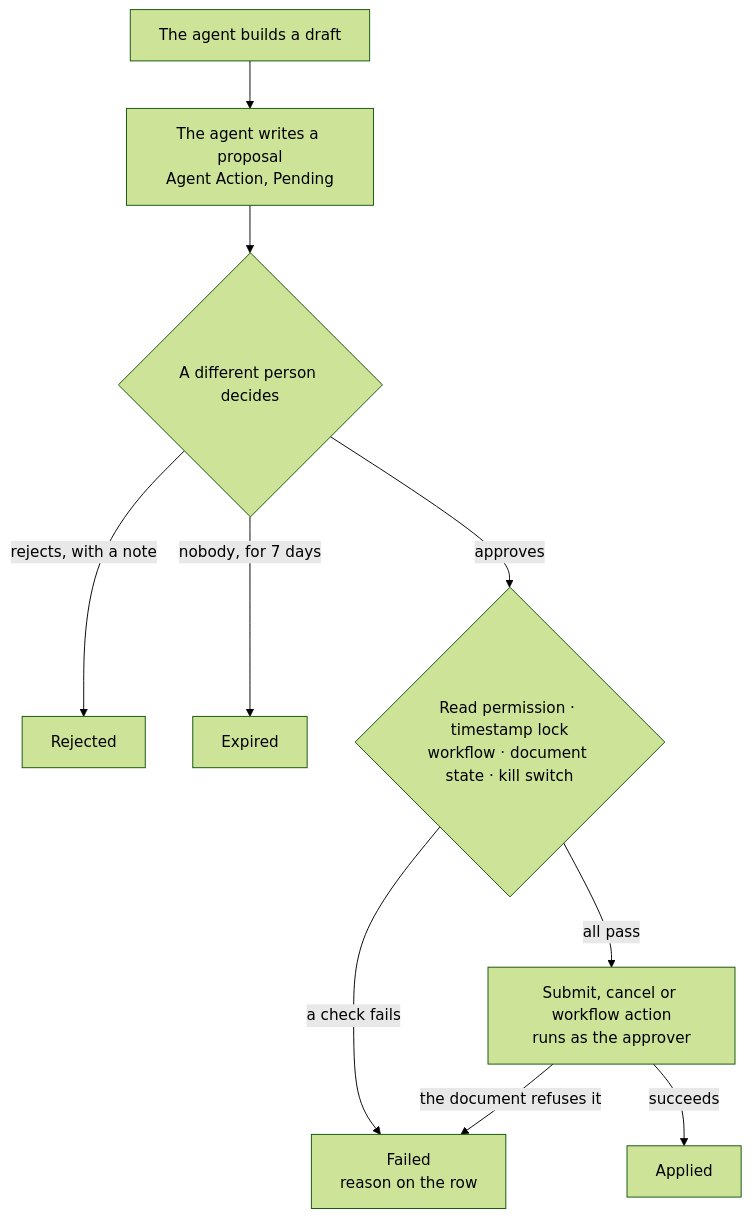
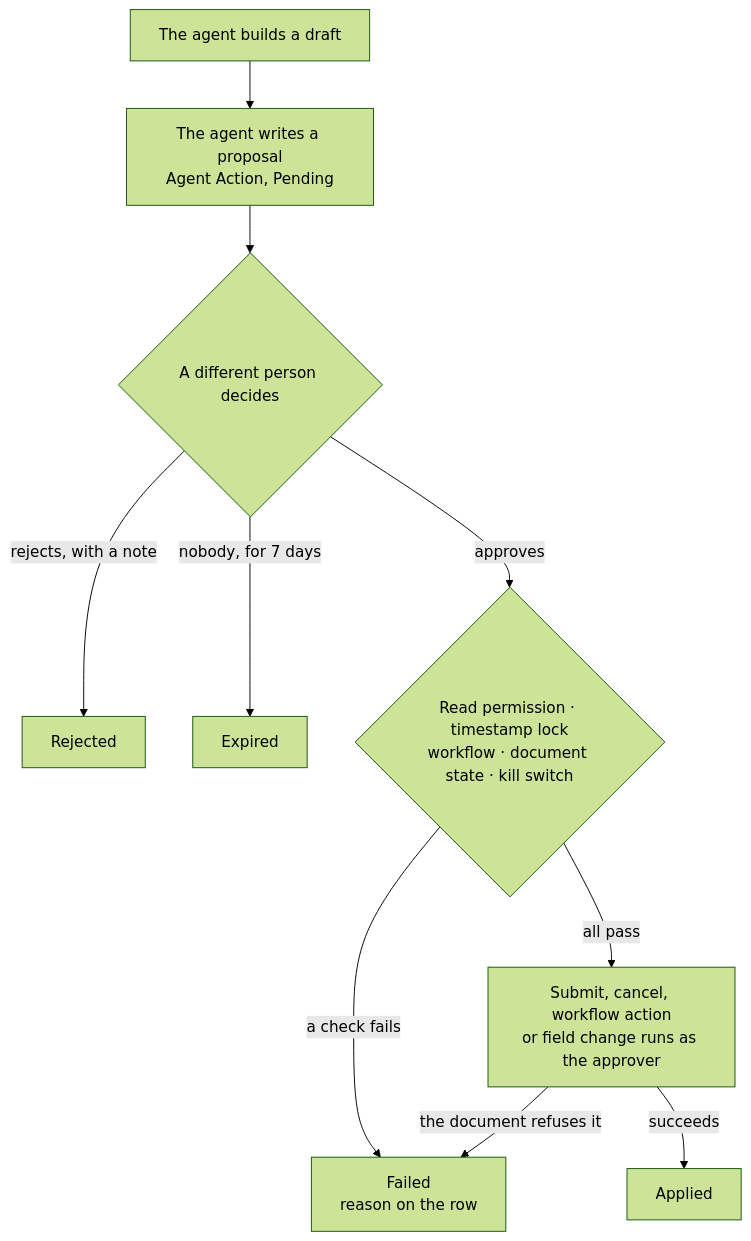
Before and after one commit to MalikZu/frappe_agents: the diagram in docs/approvals.md, drawn with Mermaid (forest theme). The commit also changed other lines of this file and 2 other files, not shown here.

First line of the commit message:
docs: explain how agents propose field changes on live records

````diff
--- a/docs/approvals.md
+++ b/docs/approvals.md
@@ -7,12 +8,12 @@
 ```mermaid
 flowchart TD
     A["The agent builds a draft"] --> B["The agent writes a proposal<br/>Agent Action, Pending"]
     B --> C{"A different person decides"}
     C -- "rejects, with a note" --> R["Rejected"]
     C -- "nobody, for 7 days" --> X["Expired"]
     C -- approves --> D{"Read permission · timestamp lock<br/>workflow · document state · kill switch"}
     D -- "a check fails" --> F["Failed<br/>reason on the row"]
-    D -- "all pass" --> G["Submit, cancel or workflow action<br/>runs as the approver"]
+    D -- "all pass" --> G["Submit, cancel, workflow action<br/>or field change runs as the approver"]
     G -- "the document refuses it" --> F
     G -- succeeds --> S["Applied"]
 ```
````
